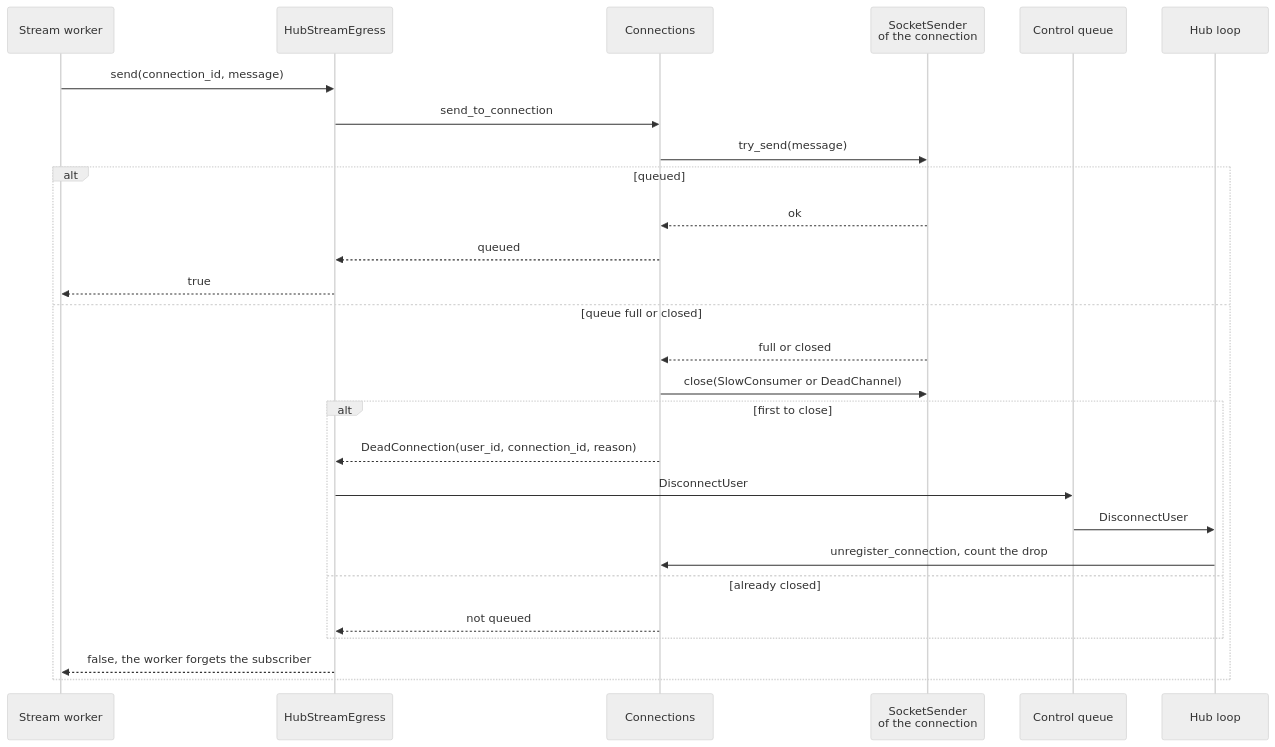
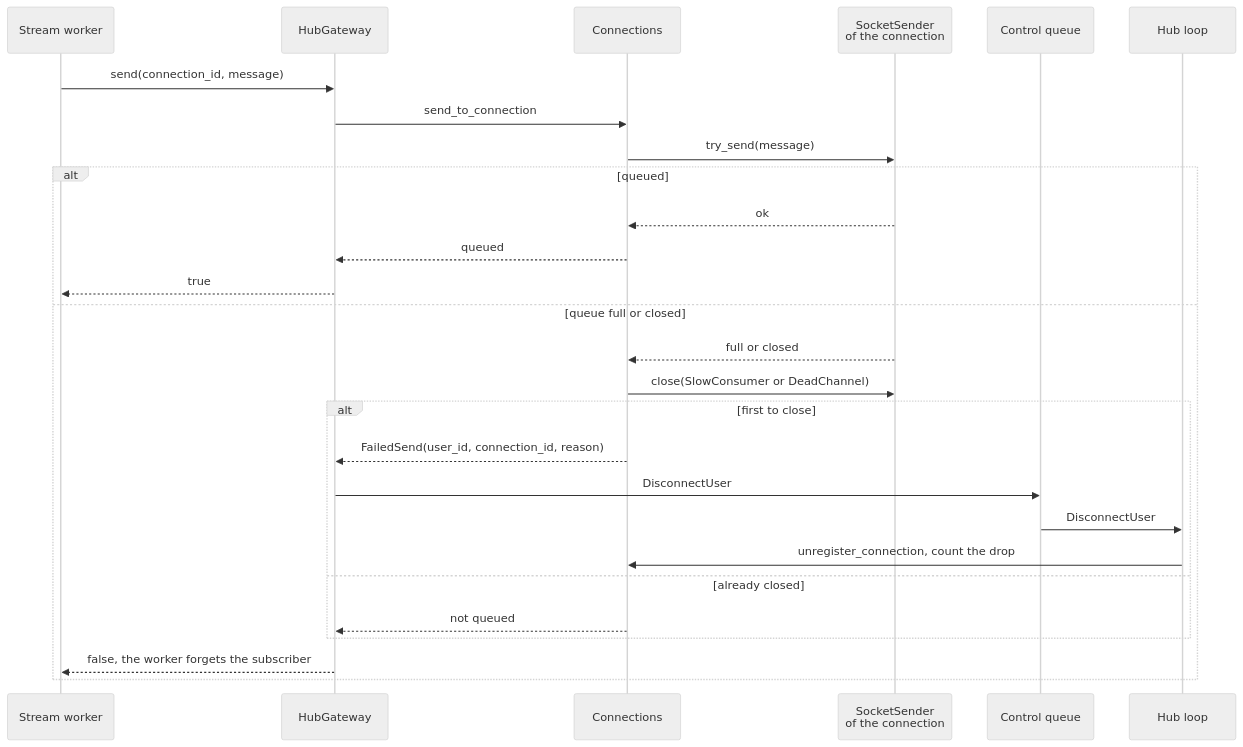
Before and after one commit to gzp79/shine-services: the second of 7 diagrams in docs/services/builder/hub.md, drawn with Mermaid (neutral theme). The commit also changed other lines of this file and 31 other files, not shown here.

Commit message:
HubGateway and cleaner code

````diff
--- a/docs/services/builder/hub.md
+++ b/docs/services/builder/hub.md
@@ -87,30 +88,30 @@
 ```mermaid
 sequenceDiagram
     participant W as Stream worker
-    participant SE as HubStreamEgress
+    participant SE as HubGateway
     participant CN as Connections
     participant TX as SocketSender<br/>of the connection
     participant CQ as Control queue
     participant L as Hub loop
 
     W->>SE: send(connection_id, message)
     SE->>CN: send_to_connection
     CN->>TX: try_send(message)
     alt queued
         TX-->>CN: ok
         CN-->>SE: queued
         SE-->>W: true
     else queue full or closed
         TX-->>CN: full or closed
         CN->>TX: close(SlowConsumer or DeadChannel)
         alt first to close
-            CN-->>SE: DeadConnection(user_id, connection_id, reason)
+            CN-->>SE: FailedSend(user_id, connection_id, reason)
             SE->>CQ: DisconnectUser
             CQ->>L: DisconnectUser
             L->>CN: unregister_connection, count the drop
         else already closed
             CN-->>SE: not queued
         end
         SE-->>W: false, the worker forgets the subscriber
     end
 ```
````
